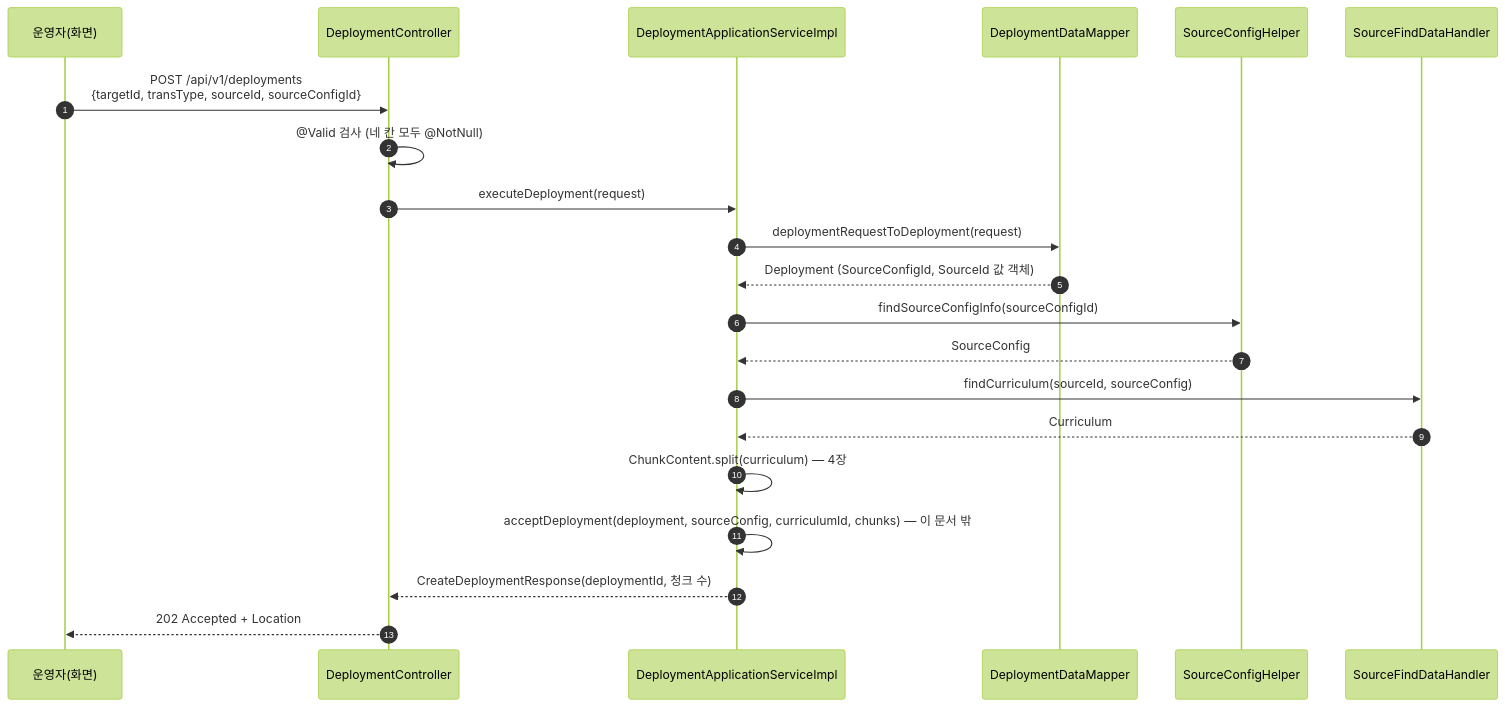
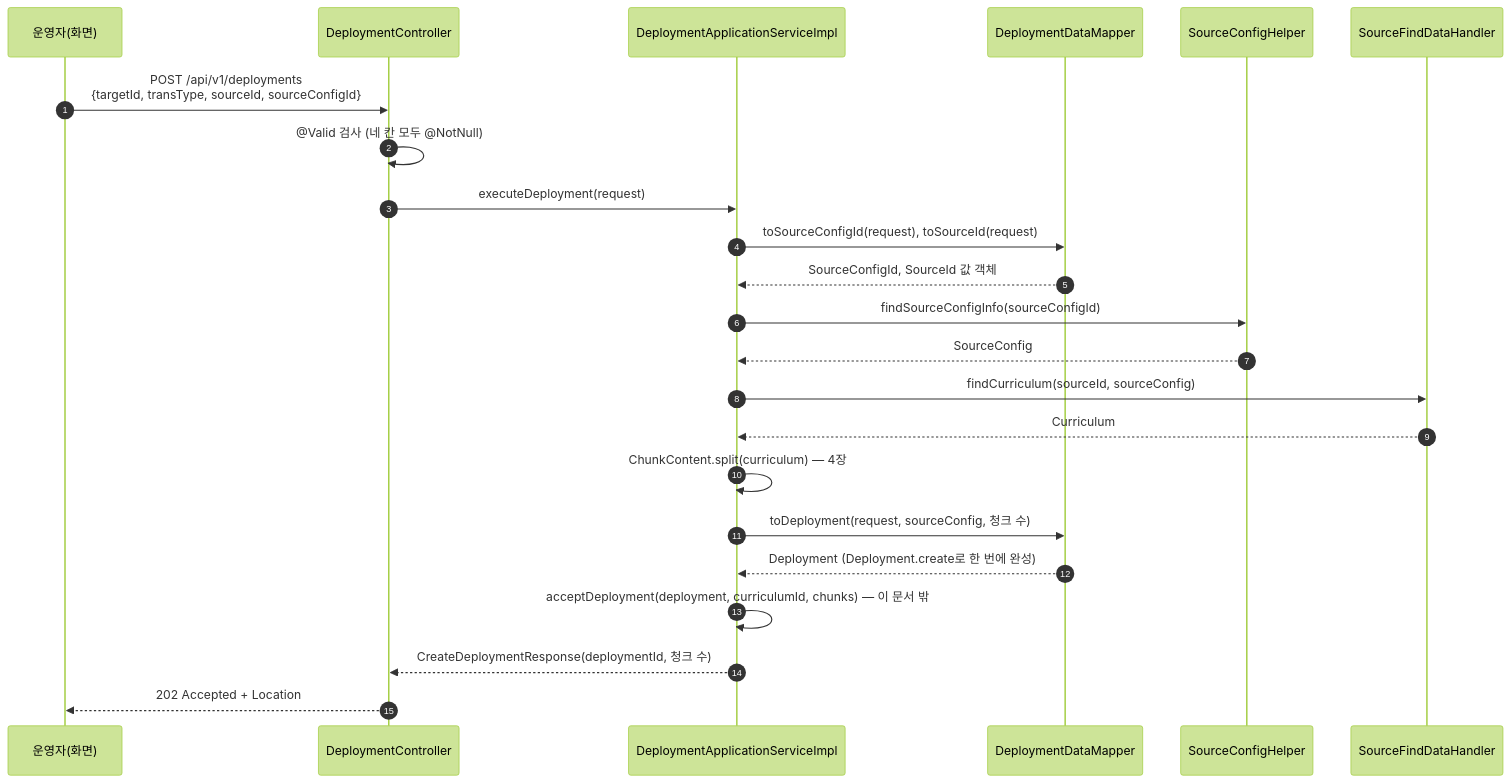
Before and after one commit to brunosong/transfersystem: the third of 15 diagrams in docs/system/source-read.md, drawn with Mermaid (forest theme). The commit also changed other lines of this file and 6 other files, not shown here.

Commit message:
배포를 값이 다 모인 뒤 Deployment.create로 한 번에 만들어 반쪽 배포를 없앤다

````diff
--- a/docs/system/source-read.md
+++ b/docs/system/source-read.md
@@ -81,24 +82,26 @@
 ```mermaid
 sequenceDiagram
   autonumber
   participant OP as 운영자(화면)
   participant C as DeploymentController
   participant S as DeploymentApplicationServiceImpl
   participant M as DeploymentDataMapper
   participant CH as SourceConfigHelper
   participant H as SourceFindDataHandler
 
   OP->>C: POST /api/v1/deployments<br/>{targetId, transType, sourceId, sourceConfigId}
   C->>C: @Valid 검사 (네 칸 모두 @NotNull)
   C->>S: executeDeployment(request)
-  S->>M: deploymentRequestToDeployment(request)
-  M-->>S: Deployment (SourceConfigId, SourceId 값 객체)
+  S->>M: toSourceConfigId(request), toSourceId(request)
+  M-->>S: SourceConfigId, SourceId 값 객체
   S->>CH: findSourceConfigInfo(sourceConfigId)
   CH-->>S: SourceConfig
   S->>H: findCurriculum(sourceId, sourceConfig)
   H-->>S: Curriculum
   S->>S: ChunkContent.split(curriculum) — 4장
-  S->>S: acceptDeployment(deployment, sourceConfig, curriculumId, chunks) — 이 문서 밖
+  S->>M: toDeployment(request, sourceConfig, 청크 수)
+  M-->>S: Deployment (Deployment.create로 한 번에 완성)
+  S->>S: acceptDeployment(deployment, curriculumId, chunks) — 이 문서 밖
   S-->>C: CreateDeploymentResponse(deploymentId, 청크 수)
   C-->>OP: 202 Accepted + Location
 ```
````
